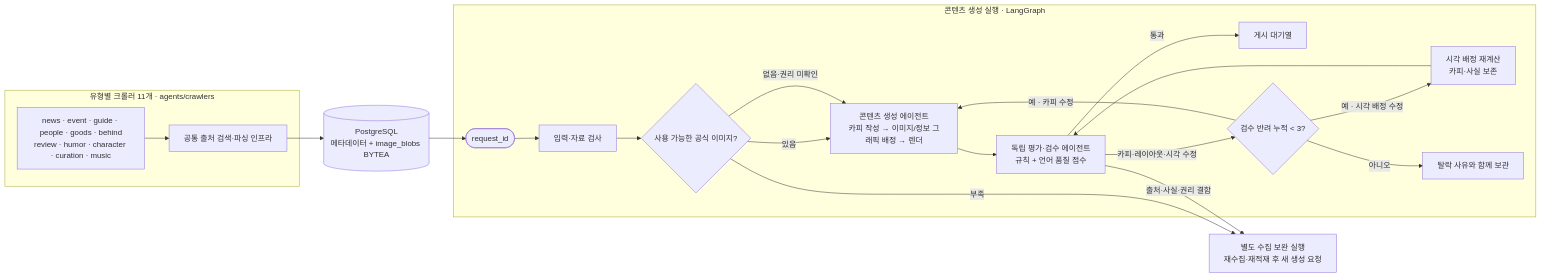
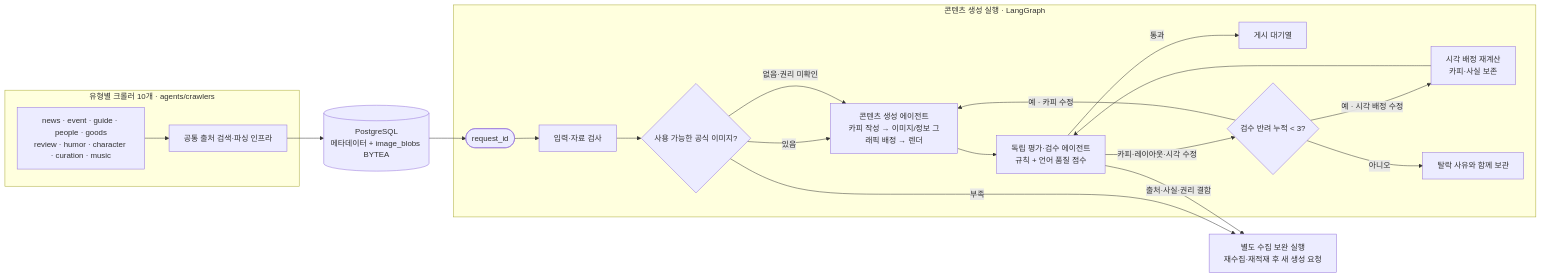
The first of 2 diagrams in agents/ani_me;nu/docs/AGENT_ARCHITECTURE.md (Por0ri/me-and-nu), drawn with Mermaid before and after one commit. The commit also changed other lines of this file and 66 other files, not shown here.

````diff
--- a/agents/ani_me;nu/docs/AGENT_ARCHITECTURE.md
+++ b/agents/ani_me;nu/docs/AGENT_ARCHITECTURE.md
@@ -7,27 +7,27 @@
 ```mermaid
 flowchart LR
-  subgraph C[유형별 크롤러 11개 · agents/crawlers]
-    TYPE[news · event · guide · people · goods · behind\nreview · humor · character · curation · music]
+  subgraph C[유형별 크롤러 10개 · agents/crawlers]
+    TYPE[news · event · guide · people · goods\nreview · humor · character · curation · music]
     COLLECT[공통 출처 검색·파싱 인프라]
     TYPE --> COLLECT
   end
   DB[(PostgreSQL\n메타데이터 + image_blobs BYTEA)]
   subgraph PIPE[콘텐츠 생성 실행 · LangGraph]
     START([request_id]) --> INPUT[입력·자료 검사]
     INPUT --> RIGHTS{사용 가능한 공식 이미지?}
     RIGHTS -->|있음| GEN[콘텐츠 생성 에이전트\n카피 작성 → 이미지/정보 그래픽 배정 → 렌더]
     RIGHTS -->|없음·권리 미확인| GEN
     GEN --> REVIEW[독립 평가·검수 에이전트\n규칙 + 언어 품질 점수]
     REVIEW -->|통과| FEED[게시 대기열]
     REVIEW -->|카피·레이아웃·시각 수정| COUNT{검수 반려 누적 < 3?}
     COUNT -->|예 · 카피 수정| GEN
     COUNT -->|예 · 시각 배정 수정| VISUAL[시각 배정 재계산\n카피·사실 보존]
     VISUAL --> REVIEW
     COUNT -->|아니오| ARCHIVE[탈락 사유와 함께 보관]
   end
   CRAWL[별도 수집 보완 실행\n재수집·재적재 후 새 생성 요청]
   RIGHTS -->|부족| CRAWL
   REVIEW -->|출처·사실·권리 결함| CRAWL
   COLLECT --> DB
   DB --> START
 ```
````
